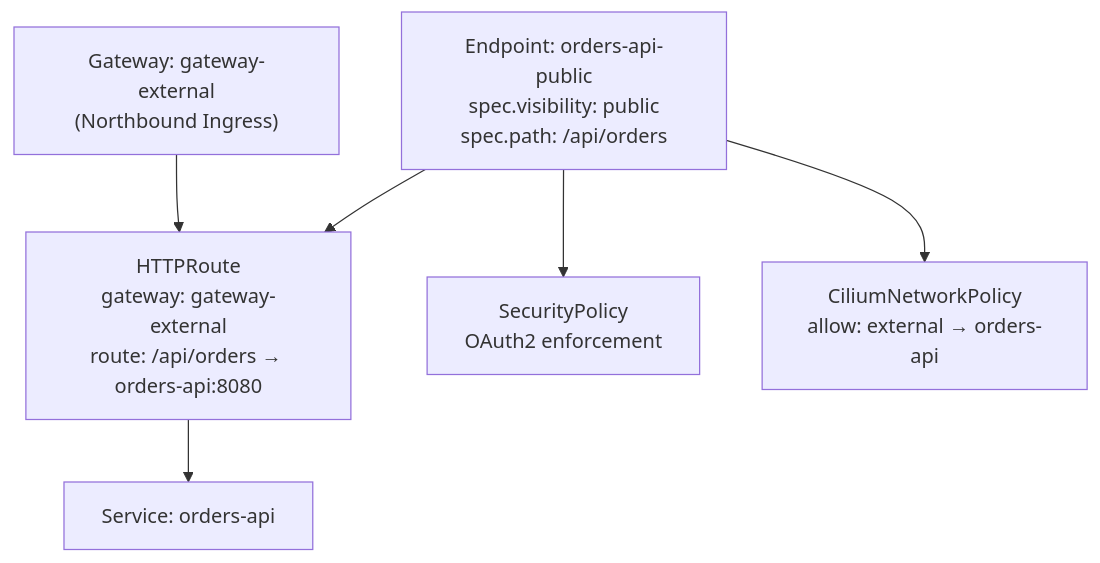
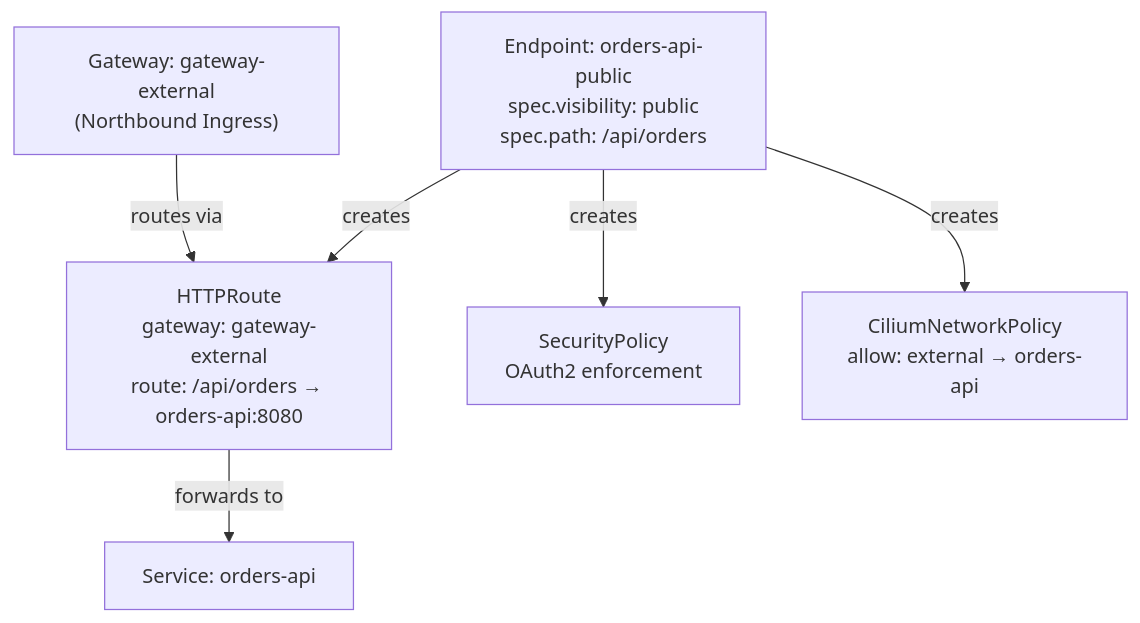
The ninth of 12 diagrams in docs/deepwiki/Platform-Abstractions.md (openchoreo/openchoreo), drawn with Mermaid before and after one commit. The commit also changed other lines of this file and 85 other files, not shown here.

Commit message:
feat: Add new workflow and specification templates, update Helm chart dependencies, and clarify documentation diagrams.

````diff
--- a/docs/deepwiki/Platform-Abstractions.md
+++ b/docs/deepwiki/Platform-Abstractions.md
@@ -449,16 +449,16 @@
 ```mermaid
 flowchart TD
 
 EP["Endpoint: orders-api-public<br>spec.visibility: public<br>spec.path: /api/orders"]
 HTTPRoute["HTTPRoute<br>gateway: gateway-external<br>route: /api/orders → orders-api:8080"]
 SecurityPolicy["SecurityPolicy<br>OAuth2 enforcement"]
 NetworkPolicy["CiliumNetworkPolicy<br>allow: external → orders-api"]
 Gateway["Gateway: gateway-external<br>(Northbound Ingress)"]
 Service["Service: orders-api"]
 
-EP --> HTTPRoute
-EP --> SecurityPolicy
-EP --> NetworkPolicy
-Gateway --> HTTPRoute
-HTTPRoute --> Service
+EP -->|"creates"| HTTPRoute
+EP -->|"creates"| SecurityPolicy
+EP -->|"creates"| NetworkPolicy
+Gateway -->|"routes via"| HTTPRoute
+HTTPRoute -->|"forwards to"| Service
 ```
````
